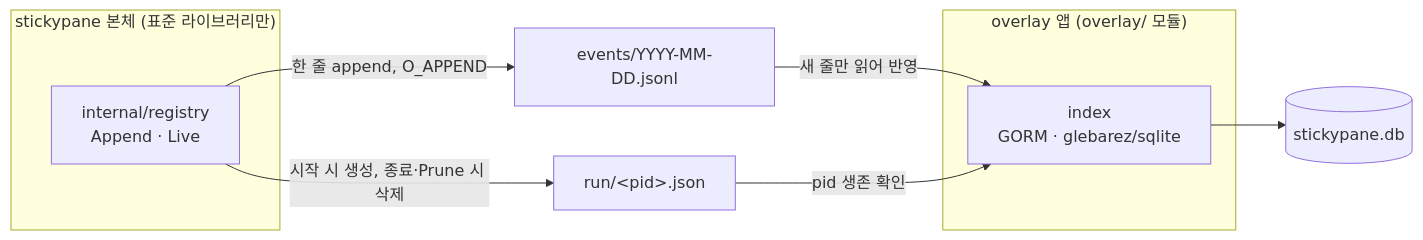
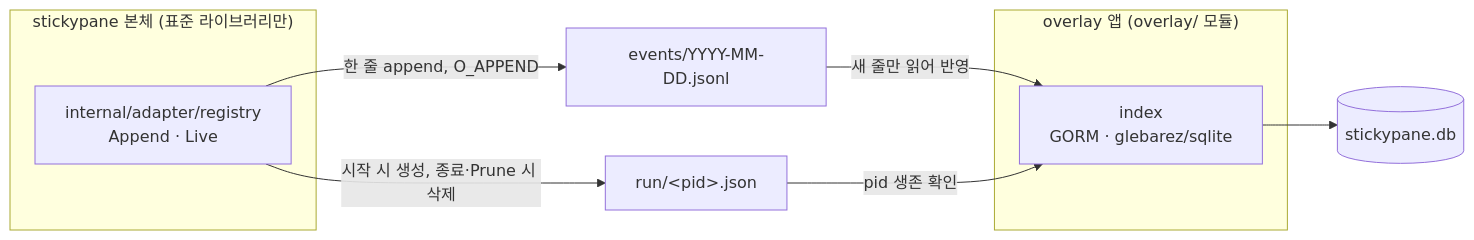
Before and after one commit to LeeSwallow/stickypane: the second of 3 diagrams in docs/overlay/08-app-home-and-sessions.md, drawn with Mermaid. The commit also changed other lines of this file and 558 other files, not shown here.

First line of the commit message:
chore: internal/ laid out by layer — core, adapter, usecase, surface (#50) (#54)

````diff
--- a/docs/overlay/08-app-home-and-sessions.md
+++ b/docs/overlay/08-app-home-and-sessions.md
@@ -101,14 +101,14 @@
 ```mermaid
 flowchart LR
   subgraph main["stickypane 본체 (표준 라이브러리만)"]
-    reg["internal/registry<br/>Append · Live"]
+    reg["internal/adapter/registry<br/>Append · Live"]
   end
   subgraph app["overlay 앱 (overlay/ 모듈)"]
     idx["index<br/>GORM · glebarez/sqlite"]
   end
   reg -->|"한 줄 append, O_APPEND"| ev["events/YYYY-MM-DD.jsonl"]
   reg -->|"시작 시 생성, 종료·Prune 시 삭제"| run["run/&lt;pid&gt;.json"]
   ev -->|"새 줄만 읽어 반영"| idx
   run -->|"pid 생존 확인"| idx
   idx --> db[("stickypane.db")]
 ```
````
